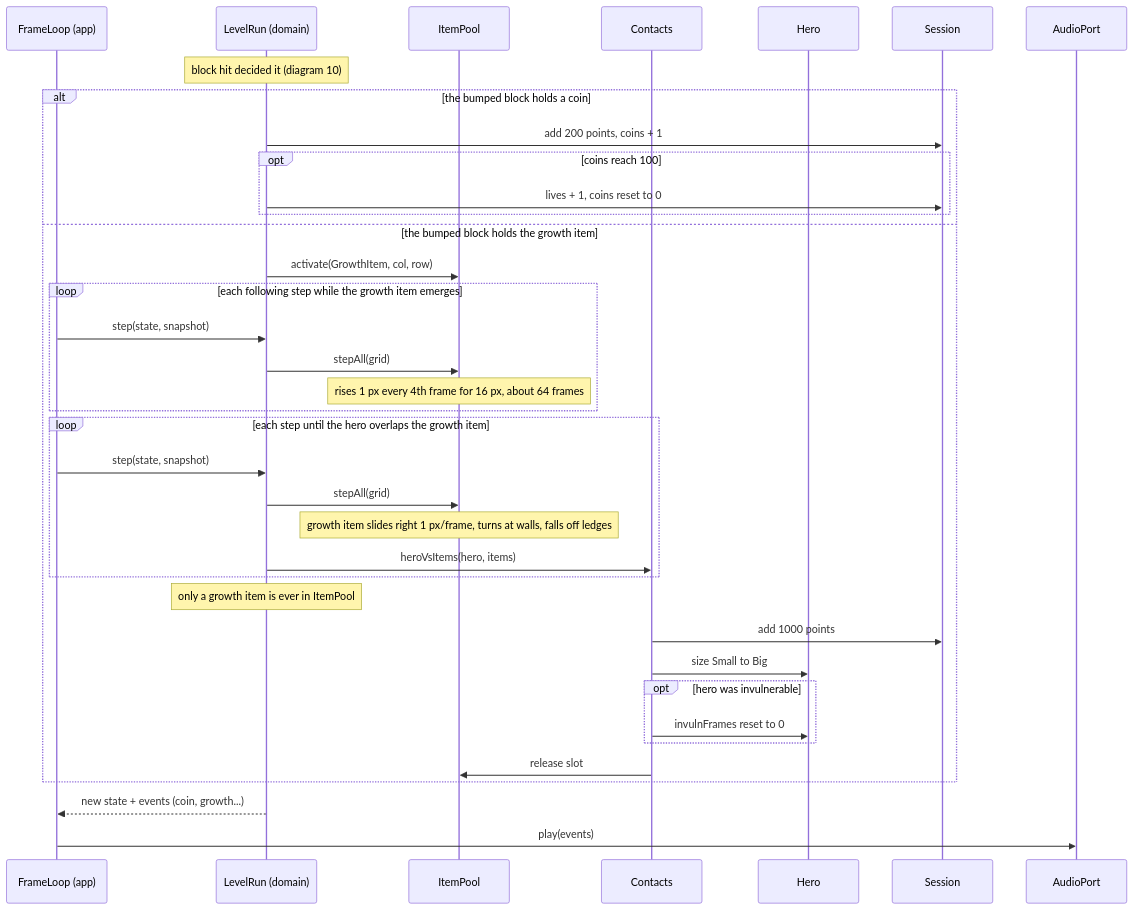
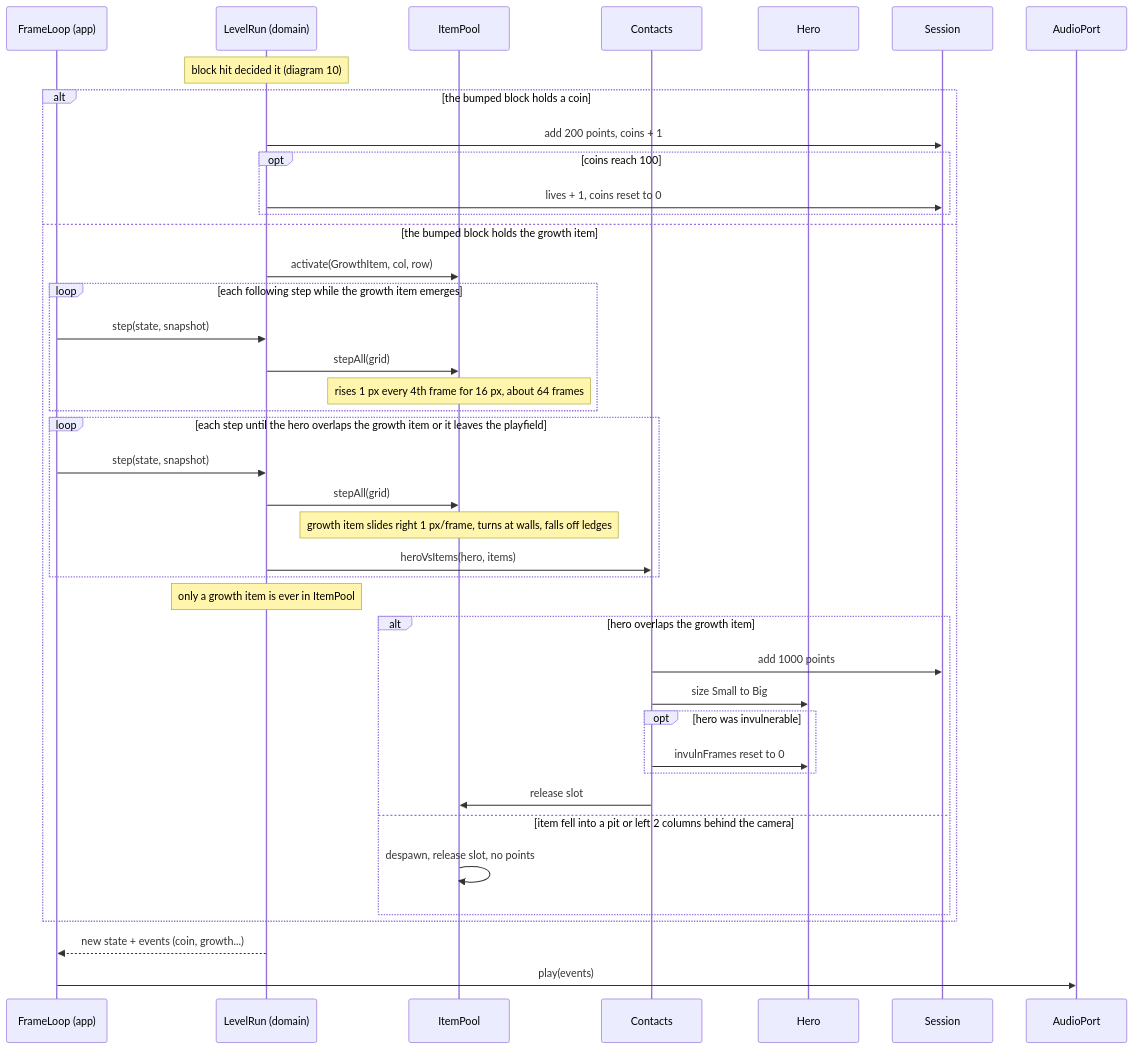
Before and after one commit to benoit-bremaud/retro-plumber: the diagram in docs/architecture/diagrams/gameplay/11-sequence-item-pickup.md, drawn with Mermaid. The commit also changed 1 other file, not shown here.

Commit message:
docs(uml): address eighth Codex review on sequences 10, 11 (#7)

````diff
--- a/docs/architecture/diagrams/gameplay/11-sequence-item-pickup.md
+++ b/docs/architecture/diagrams/gameplay/11-sequence-item-pickup.md
@@ -13,39 +13,43 @@
 ```mermaid
 sequenceDiagram
     participant FL as FrameLoop (app)
     participant LR as LevelRun (domain)
     participant IP as ItemPool
     participant Ct as Contacts
     participant H as Hero
     participant Sess as Session
     participant Snd as AudioPort
     Note over LR: block hit decided it (diagram 10)
     alt the bumped block holds a coin
         LR->>Sess: add 200 points, coins + 1
         opt coins reach 100
             LR->>Sess: lives + 1, coins reset to 0
         end
     else the bumped block holds the growth item
         LR->>IP: activate(GrowthItem, col, row)
         loop each following step while the growth item emerges
             FL->>LR: step(state, snapshot)
             LR->>IP: stepAll(grid)
             Note over IP: rises 1 px every 4th frame for 16 px, about 64 frames
         end
-        loop each step until the hero overlaps the growth item
+        loop each step until the hero overlaps the growth item or it leaves the playfield
             FL->>LR: step(state, snapshot)
             LR->>IP: stepAll(grid)
             Note over IP: growth item slides right 1 px/frame, turns at walls, falls off ledges
             LR->>Ct: heroVsItems(hero, items)
         end
         Note over LR: only a growth item is ever in ItemPool
-        Ct->>Sess: add 1000 points
-        Ct->>H: size Small to Big
-        opt hero was invulnerable
-            Ct->>H: invulnFrames reset to 0
+        alt hero overlaps the growth item
+            Ct->>Sess: add 1000 points
+            Ct->>H: size Small to Big
+            opt hero was invulnerable
+                Ct->>H: invulnFrames reset to 0
+            end
+            Ct->>IP: release slot
+        else item fell into a pit or left 2 columns behind the camera
+            IP->>IP: despawn, release slot, no points
         end
-        Ct->>IP: release slot
     end
     LR-->>FL: new state + events (coin, growth...)
     FL->>Snd: play(events)
 ```
````
